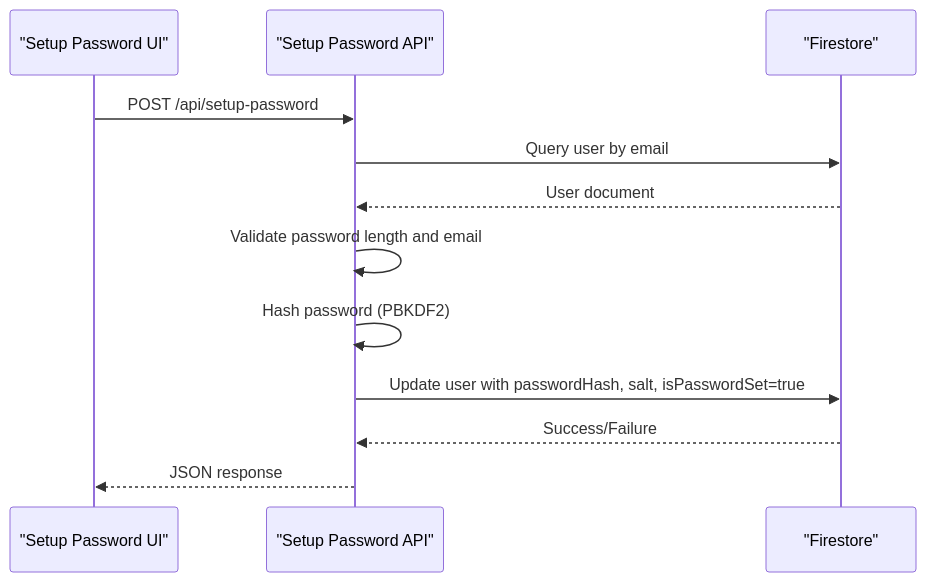
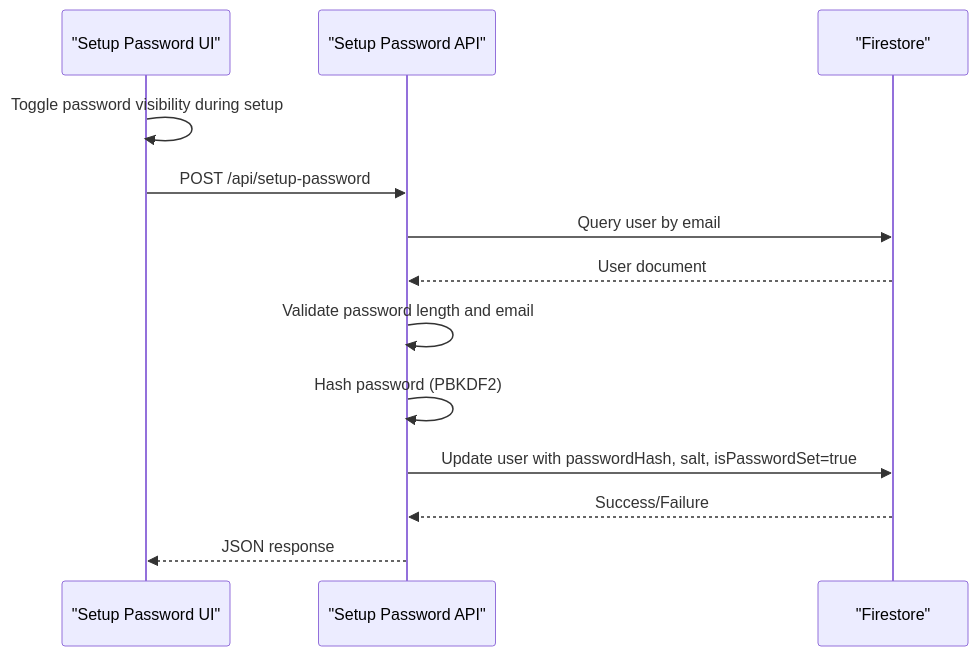
The eighth of 10 diagrams in .qoder/repowiki/en/content/Authentication & Authorization System/Password Security & Management.md (Unsure-bry/sampacoop_system), drawn with Mermaid before and after one commit. The commit also changed other lines of this file and 1 other file, not shown here.

Commit message:
addition for eye icon on the set up password to user

````diff
--- a/.qoder/repowiki/en/content/Authentication & Authorization System/Password Security & Management.md
+++ b/.qoder/repowiki/en/content/Authentication & Authorization System/Password Security & Management.md
@@ -235,14 +317,15 @@
 ```mermaid
 sequenceDiagram
 participant UI as "Setup Password UI"
 participant API as "Setup Password API"
 participant DB as "Firestore"
+UI->>UI : Toggle password visibility during setup
 UI->>API : POST /api/setup-password
 API->>DB : Query user by email
 DB-->>API : User document
 API->>API : Validate password length and email
 API->>API : Hash password (PBKDF2)
 API->>DB : Update user with passwordHash, salt, isPasswordSet=true
 DB-->>API : Success/Failure
 API-->>UI : JSON response
 ```
````
